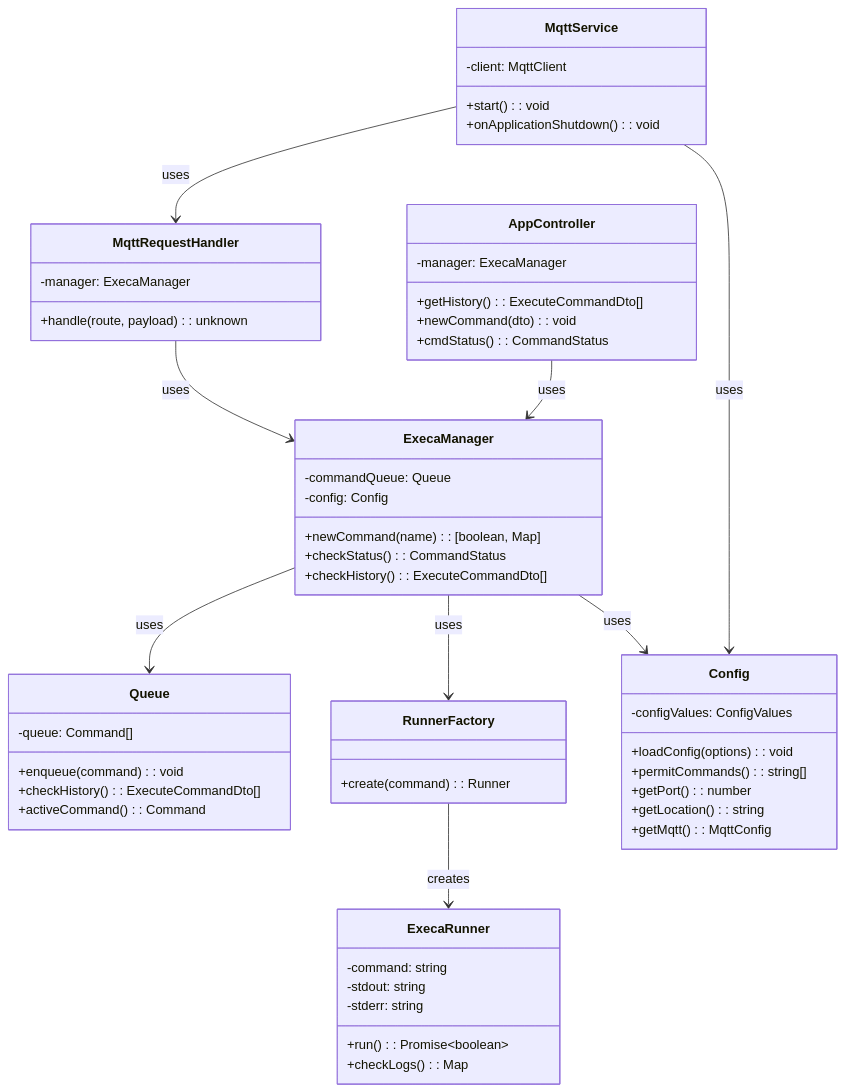
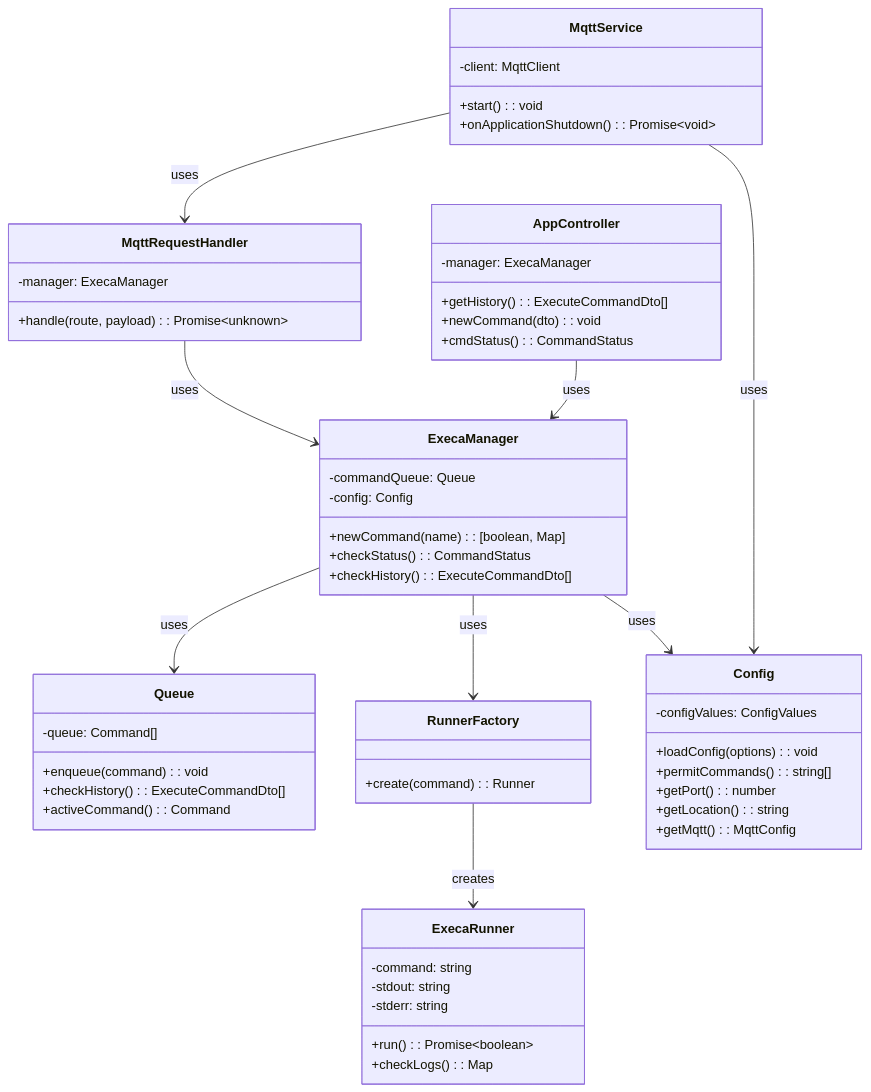
One commit to INTO-CPS-Association/DTaaS changed the diagram in docs/developer/codebase/runner.md. Above: the diagram before and after it, drawn with Mermaid. The commit also changed 9 other files, not shown here.

````diff
--- a/docs/developer/codebase/runner.md
+++ b/docs/developer/codebase/runner.md
@@ -49,65 +49,65 @@
 ```mermaid
 classDiagram
     class AppController {
         -manager: ExecaManager
         +getHistory(): ExecuteCommandDto[]
         +newCommand(dto): void
         +cmdStatus(): CommandStatus
     }
 
     class ExecaManager {
         -commandQueue: Queue
         -config: Config
         +newCommand(name): [boolean, Map]
         +checkStatus(): CommandStatus
         +checkHistory(): ExecuteCommandDto[]
     }
 
     class Queue {
         -queue: Command[]
         +enqueue(command): void
         +checkHistory(): ExecuteCommandDto[]
         +activeCommand(): Command
     }
 
     class RunnerFactory {
         +create(command): Runner
     }
 
     class ExecaRunner {
         -command: string
         -stdout: string
         -stderr: string
         +run(): Promise~boolean~
         +checkLogs(): Map
     }
 
     class Config {
         -configValues: ConfigValues
         +loadConfig(options): void
         +permitCommands(): string[]
         +getPort(): number
         +getLocation(): string
         +getMqtt(): MqttConfig
     }
 
     class MqttService {
         -client: MqttClient
         +start(): void
-        +onApplicationShutdown(): void
+        +onApplicationShutdown(): Promise~void~
     }
 
     class MqttRequestHandler {
         -manager: ExecaManager
-        +handle(route, payload): unknown
+        +handle(route, payload): Promise~unknown~
     }
 
     AppController --> ExecaManager : uses
     MqttService --> MqttRequestHandler : uses
     MqttService --> Config : uses
     MqttRequestHandler --> ExecaManager : uses
     ExecaManager --> Queue : uses
     ExecaManager --> Config : uses
     ExecaManager --> RunnerFactory : uses
     RunnerFactory --> ExecaRunner : creates
 ```
````
